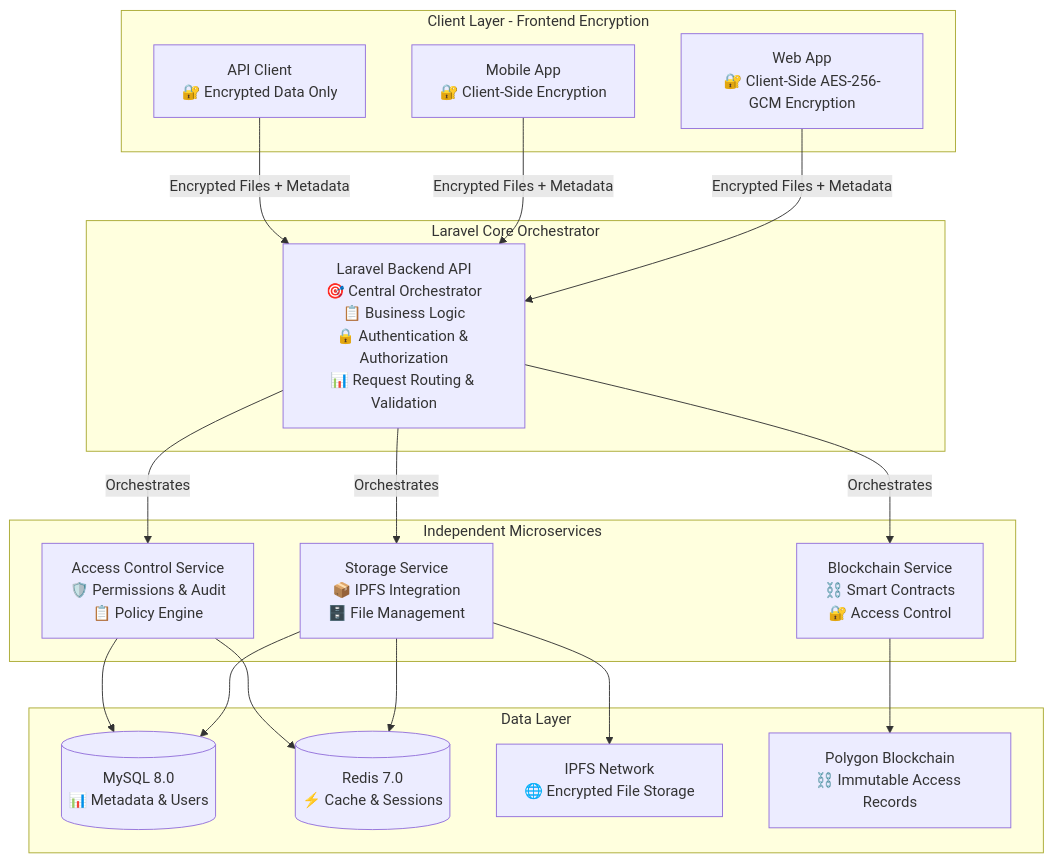
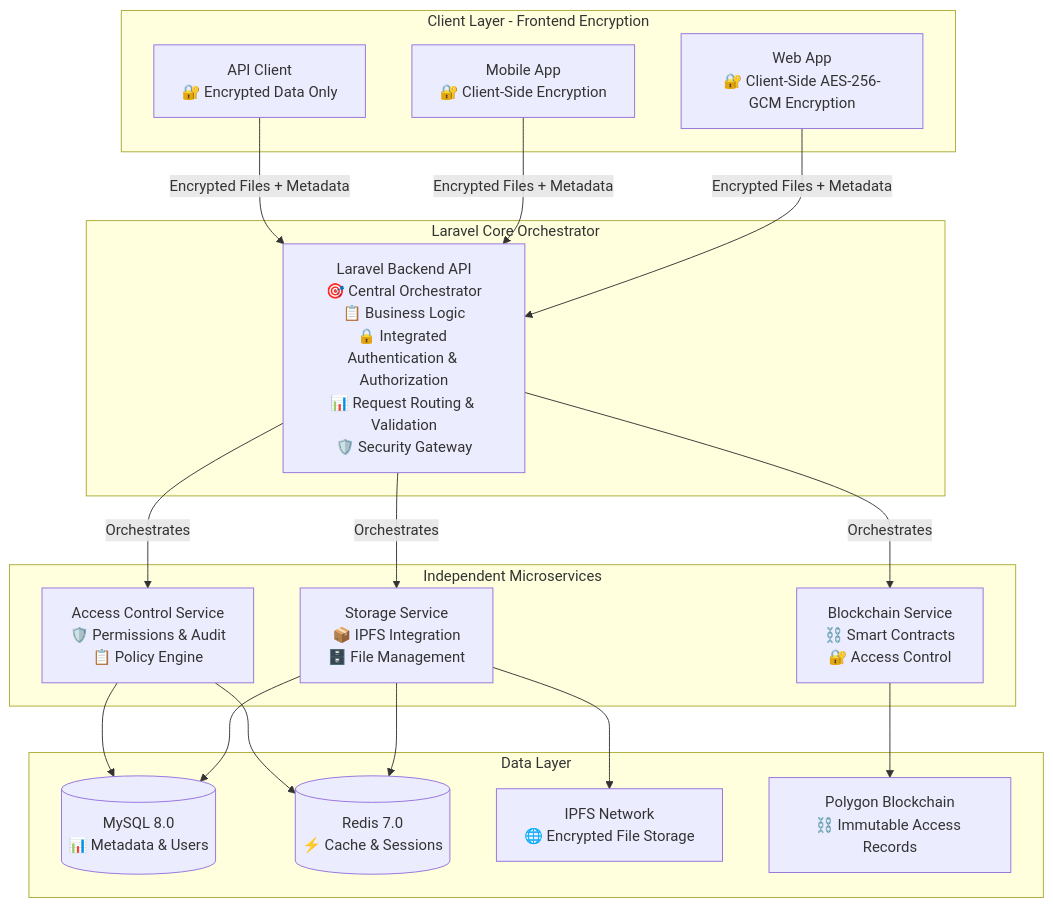
One commit to MossabMilha/OM-VaultChain changed the first of 7 diagrams in README.md. Above: the diagram before and after it, drawn with Mermaid. The commit also changed other lines of this file and 10 other files, not shown here.

````diff
--- a/README.md
+++ b/README.md
@@ -115,40 +118,40 @@
 ```mermaid
 graph TB
     subgraph "Client Layer - Frontend Encryption"
         WEB[Web App<br/>🔐 Client-Side AES-256-GCM Encryption]
         MOBILE[Mobile App<br/>🔐 Client-Side Encryption]
         API_CLIENT[API Client<br/>🔐 Encrypted Data Only]
     end
 
     subgraph "Laravel Core Orchestrator"
-        LARAVEL[Laravel Backend API<br/>🎯 Central Orchestrator<br/>📋 Business Logic<br/>🔒 Authentication & Authorization<br/>📊 Request Routing & Validation]
+        LARAVEL[Laravel Backend API<br/>🎯 Central Orchestrator<br/>📋 Business Logic<br/>🔒 Integrated Authentication & Authorization<br/>📊 Request Routing & Validation<br/>🛡️ Security Gateway]
     end
 
     subgraph "Independent Microservices"
         STORAGE[Storage Service<br/>📦 IPFS Integration<br/>🗄️ File Management]
         BLOCKCHAIN[Blockchain Service<br/>⛓️ Smart Contracts<br/>🔐 Access Control]
         ACCESS[Access Control Service<br/>🛡️ Permissions & Audit<br/>📋 Policy Engine]
     end
 
     subgraph "Data Layer"
         MYSQL[(MySQL 8.0<br/>📊 Metadata & Users)]
         REDIS[(Redis 7.0<br/>⚡ Cache & Sessions)]
         IPFS[IPFS Network<br/>🌐 Encrypted File Storage]
         POLYGON[Polygon Blockchain<br/>⛓️ Immutable Access Records]
     end
 
     WEB -->|Encrypted Files + Metadata| LARAVEL
     MOBILE -->|Encrypted Files + Metadata| LARAVEL
     API_CLIENT -->|Encrypted Files + Metadata| LARAVEL
 
     LARAVEL -->|Orchestrates| STORAGE
     LARAVEL -->|Orchestrates| BLOCKCHAIN
     LARAVEL -->|Orchestrates| ACCESS
 
     STORAGE --> MYSQL
     STORAGE --> REDIS
     STORAGE --> IPFS
     BLOCKCHAIN --> POLYGON
     ACCESS --> MYSQL
     ACCESS --> REDIS
 ```
````
